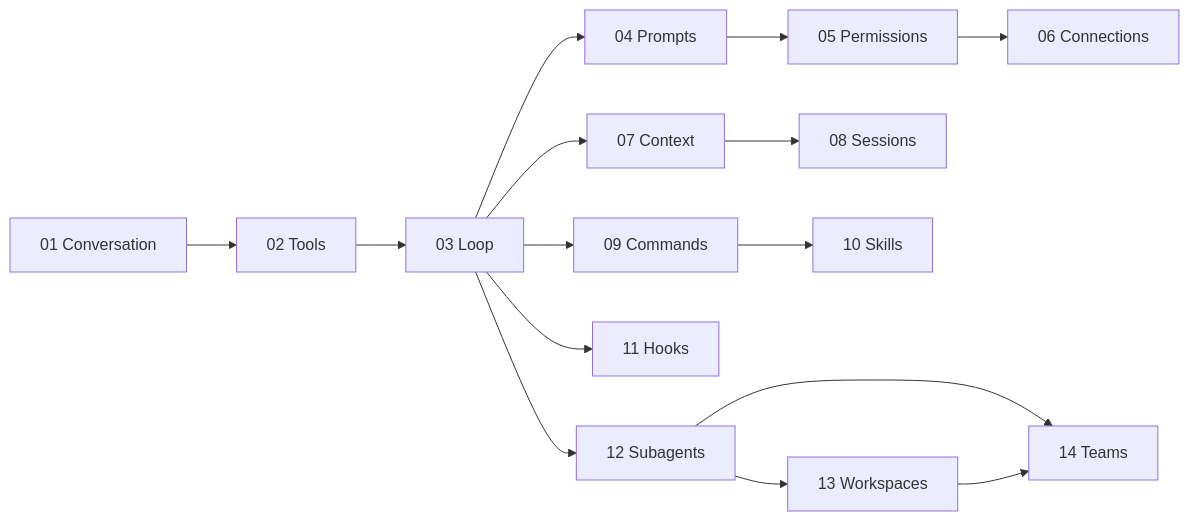
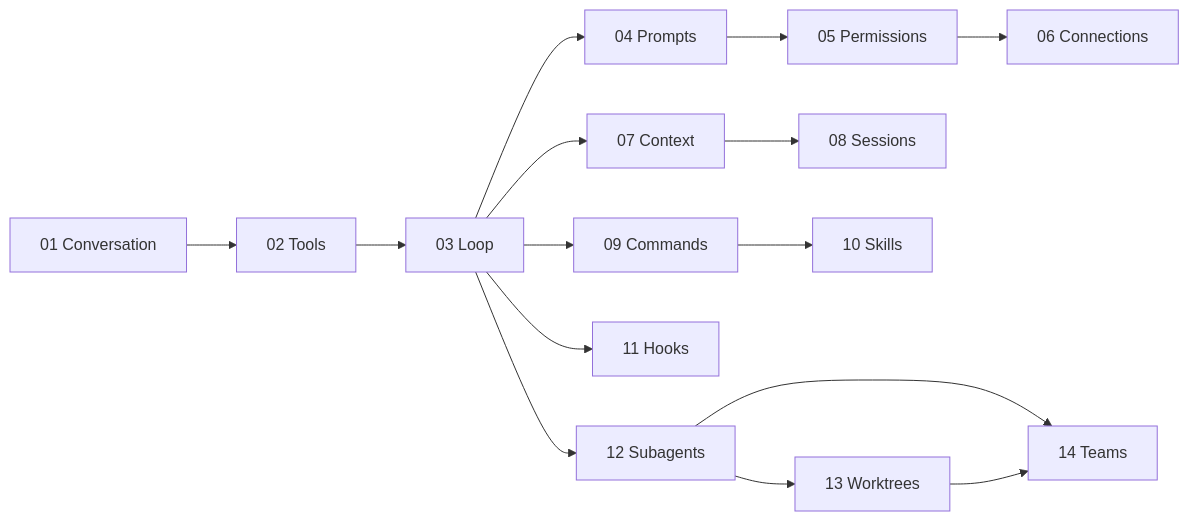
The diagram in docs-en/project_roadmap.md (seaFall98/SeaCode), drawn with Mermaid before and after one commit. The commit also changed other lines of this file and 26 other files, not shown here.

````diff
--- a/docs-en/project_roadmap.md
+++ b/docs-en/project_roadmap.md
@@ -70,17 +89,17 @@
 ```mermaid
 flowchart LR
     M01[01 Conversation] --> M02[02 Tools]
     M02 --> M03[03 Loop]
     M03 --> M04[04 Prompts]
     M04 --> M05[05 Permissions]
     M05 --> M06[06 Connections]
     M03 --> M07[07 Context]
     M07 --> M08[08 Sessions]
     M03 --> M09[09 Commands]
     M09 --> M10[10 Skills]
     M03 --> M11[11 Hooks]
     M03 --> M12[12 Subagents]
-    M12 --> M13[13 Workspaces]
+    M12 --> M13[13 Worktrees]
     M12 --> M14[14 Teams]
     M13 --> M14
 ```
````
